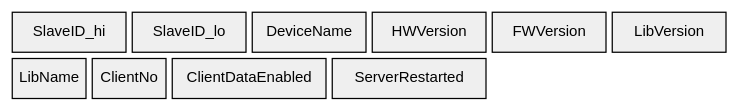
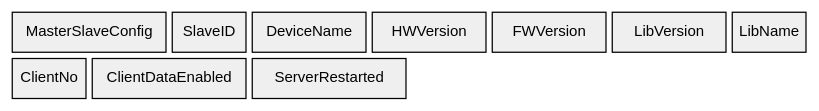
One commit to sebaJoSt/blaeck-protocol changed the fourth of 5 diagrams in protocol/frames/devices.md. Above: the diagram before and after it, drawn with Mermaid. The commit also changed other lines of this file and 1 other file, not shown here.

First line of the commit message:
Unify MasterSlaveConfig + SlaveID across all device frames

````diff
--- a/protocol/frames/devices.md
+++ b/protocol/frames/devices.md
@@ -114,19 +114,19 @@
 ```mermaid
 ---
 config:
   packet:
     showBits: false
-    bitsPerRow: 18
+    bitsPerRow: 20
 ---
 packet-beta
-  0-2: "SlaveID_hi"
-  3-5: "SlaveID_lo"
+  0-3: "MasterSlaveConfig"
+  4-5: "SlaveID"
   6-8: "DeviceName"
   9-11: "HWVersion"
   12-14: "FWVersion"
   15-17: "LibVersion"
   18-19: "LibName"
   20-21: "ClientNo"
   22-25: "ClientDataEnabled"
   26-29: "ServerRestarted"
 ```
````
